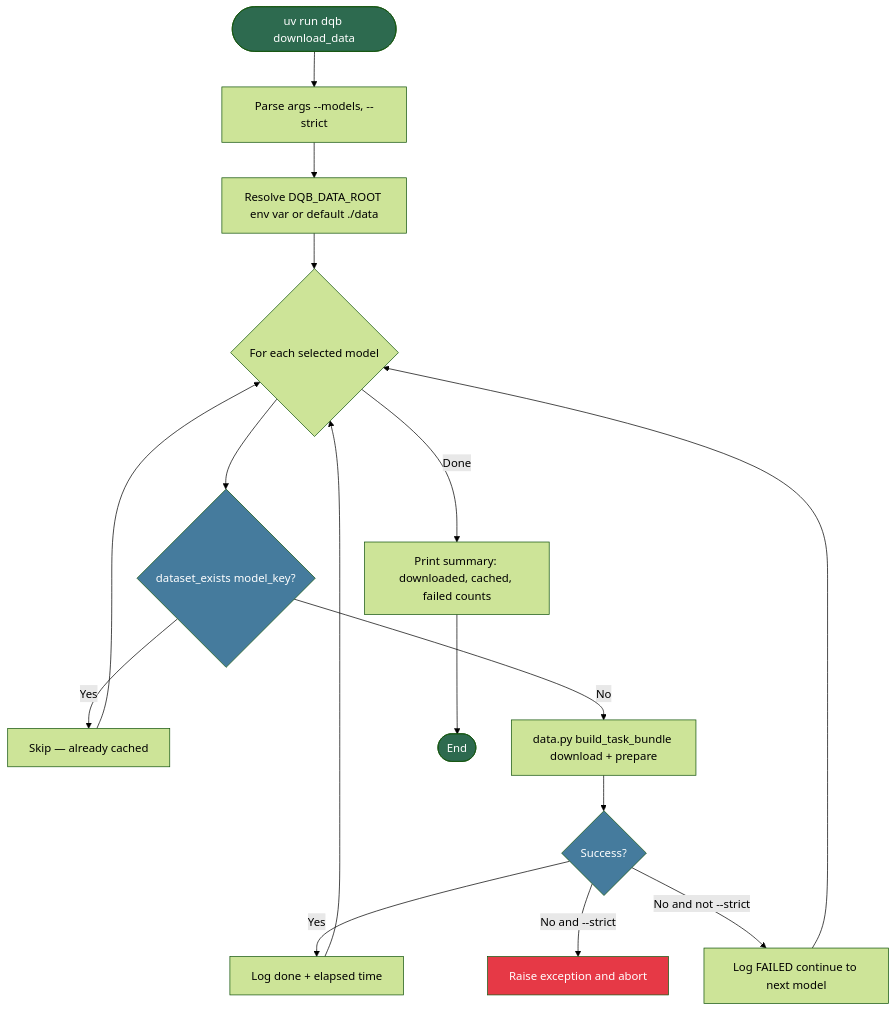
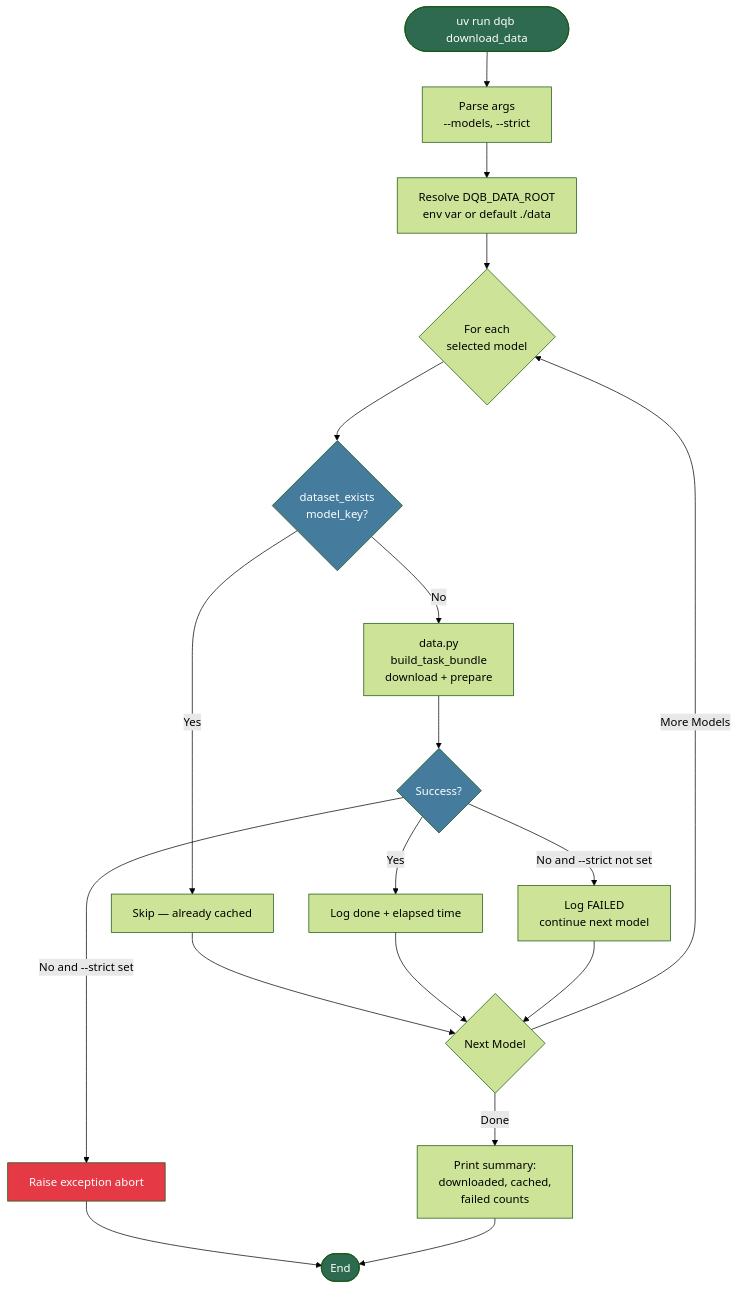
One commit to VG-Fish/PerforatedAI-Quantization-Experiment changed the third of 6 diagrams in information/CLI_DIAGRAMS.md. Above: the diagram before and after it, drawn with Mermaid (forest theme). The commit also changed other lines of this file, not shown here.

Commit message:
update mermaid diagrams to be more clear

````diff
--- a/information/CLI_DIAGRAMS.md
+++ b/information/CLI_DIAGRAMS.md
@@ -111,24 +111,37 @@
 ```mermaid
 flowchart TD
-    A([uv run dqb download_data]) --> B[Parse args --models, --strict]
-    B --> C[Resolve DQB_DATA_ROOT env var or default ./data]
-    C --> D{For each selected model}
-    D --> E{dataset_exists model_key?}
-    E -- Yes --> F[Skip — already cached]
-    E -- No --> G[data.py build_task_bundle download + prepare]
-    G --> H{Success?}
-    H -- Yes --> I[Log done + elapsed time]
-    H -- "No and --strict" --> J[Raise exception and abort]
-    H -- "No and not --strict" --> K[Log FAILED continue to next model]
-    F --> D
-    I --> D
-    K --> D
-    D -- Done --> L[Print summary: downloaded, cached, failed counts]
-    L --> ZZ([End])
+    A([uv run dqb download_data]) --> B["Parse args<br>--models, --strict"]
+    B --> C["Resolve DQB_DATA_ROOT<br>env var or default ./data"]
+    C --> D{"For each<br>selected model"}
+    D --> E{"dataset_exists<br>model_key?"}
+    
+    %% Branch 1: Exists
+    E -->|Yes| F["Skip — already cached"]
+    F --> M{Next Model}
+
+    %% Branch 2: Needs download
+    E -->|No| G["data.py<br>build_task_bundle<br>download + prepare"]
+    G --> H{"Success?"}
+    
+    %% Success
+    H -->|Yes| I["Log done + elapsed time"]
+    I --> M
+    
+    %% Failure options
+    H -->|No and --strict set| J["Raise exception abort"]
+    J --> ZZ([End])
+    
+    H -->|No and --strict not set| K["Log FAILED<br>continue next model"]
+    K --> M
+
+    %% Loop back
+    M -->|More Models| D
+    M -->|Done| L["Print summary:<br>downloaded, cached,<br>failed counts"]
+    L --> ZZ
 
     style A fill:#2d6a4f,color:#fff
     style ZZ fill:#2d6a4f,color:#fff
     style E fill:#457b9d,color:#fff
     style H fill:#457b9d,color:#fff
     style J fill:#e63946,color:#fff
 ```
````
